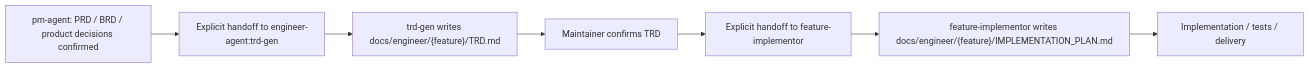
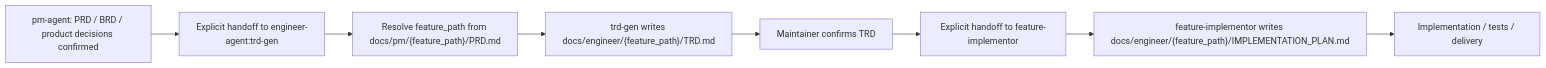
Before and after one commit to Neplich/dev-agent-skills: the diagram in agents/engineer/skills/trd-gen/SKILL.md, drawn with Mermaid. The commit also changed other lines of this file and 176 other files, not shown here.

First line of the commit message:
feat: 固化多级 feature_path 文档契约

````diff
--- a/agents/engineer/skills/trd-gen/SKILL.md
+++ b/agents/engineer/skills/trd-gen/SKILL.md
@@ -42,9 +43,10 @@
 ```mermaid
 flowchart LR
     PM["pm-agent: PRD / BRD / product decisions confirmed"] --> Handoff["Explicit handoff to engineer-agent:trd-gen"]
-    Handoff --> TRD["trd-gen writes docs/engineer/{feature}/TRD.md"]
+    Handoff --> PathGate["Resolve feature_path from docs/pm/{feature_path}/PRD.md"]
+    PathGate --> TRD["trd-gen writes docs/engineer/{feature_path}/TRD.md"]
     TRD --> Review["Maintainer confirms TRD"]
     Review --> Plan["Explicit handoff to feature-implementor"]
-    Plan --> ImplPlan["feature-implementor writes docs/engineer/{feature}/IMPLEMENTATION_PLAN.md"]
+    Plan --> ImplPlan["feature-implementor writes docs/engineer/{feature_path}/IMPLEMENTATION_PLAN.md"]
     ImplPlan --> Code["Implementation / tests / delivery"]
 ```
````
